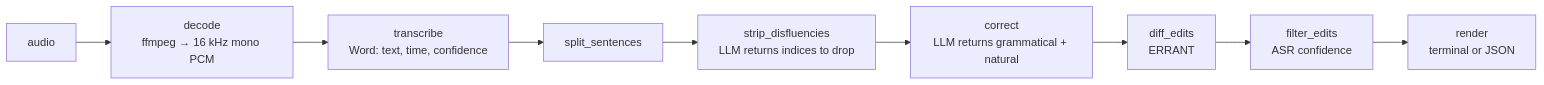
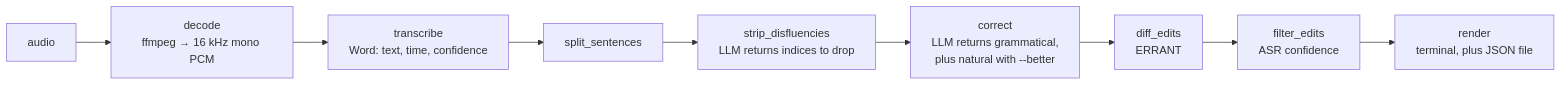
Before and after one commit to MarcusXavierr/joel: the diagram in docs/plans/2026-11-13-joel-design.md, drawn with Mermaid. The commit also changed other lines of this file and 8 other files, not shown here.

````diff
--- a/docs/plans/2026-11-13-joel-design.md
+++ b/docs/plans/2026-11-13-joel-design.md
@@ -60,11 +60,11 @@
 ```mermaid
 flowchart LR
   A[audio] --> D[decode<br/>ffmpeg → 16 kHz mono PCM]
   D --> T[transcribe<br/>Word: text, time, confidence]
   T --> S[split_sentences]
   S --> C[strip_disfluencies<br/>LLM returns indices to drop]
-  C --> R[correct<br/>LLM returns grammatical + natural]
+  C --> R["correct<br/>LLM returns grammatical,<br/>plus natural with --better"]
   R --> E[diff_edits<br/>ERRANT]
   E --> F[filter_edits<br/>ASR confidence]
-  F --> O[render<br/>terminal or JSON]
+  F --> O[render<br/>terminal, plus JSON file]
 ```
````
